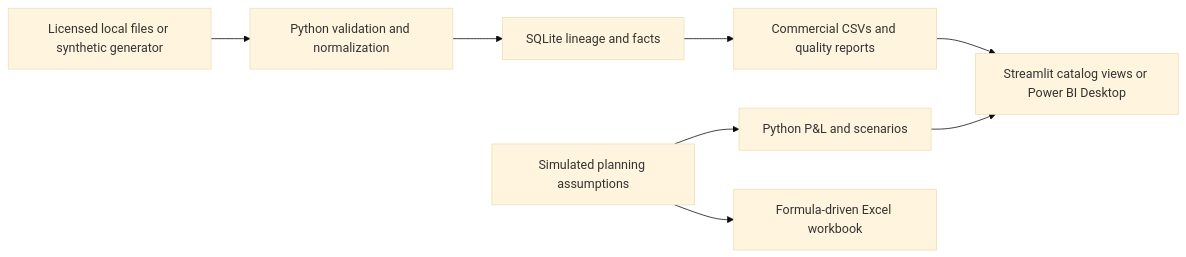
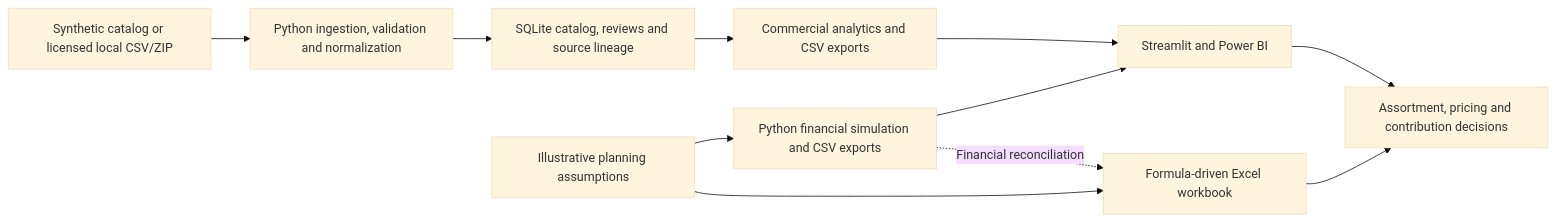
One commit to ericashieh0308-creator/Luxury-Beauty-Commercial-Intelligence changed the diagram in README.md. Above: the diagram before and after it, drawn with Mermaid (base theme). The commit also changed other lines of this file and 12 other files, not shown here.

````diff
--- a/README.md
+++ b/README.md
@@ -24,10 +42,13 @@
 ```mermaid
 flowchart LR
-    A[Licensed local files or synthetic generator] --> B[Python validation and normalization]
-    B --> C[SQLite lineage and facts]
-    C --> D[Commercial CSVs and quality reports]
-    D --> E[Streamlit catalog views or Power BI Desktop]
-    F[Simulated planning assumptions] --> G[Python P&L and scenarios]
-    F --> H[Formula-driven Excel workbook]
-    G --> E
+    A["Synthetic catalog or licensed local CSV/ZIP"] --> B["Python ingestion, validation and normalization"]
+    B --> C["SQLite catalog, reviews and source lineage"]
+    C --> D["Commercial analytics and CSV exports"]
+    E["Illustrative planning assumptions"] --> F["Python financial simulation and CSV exports"]
+    E --> G["Formula-driven Excel workbook"]
+    D --> H["Streamlit and Power BI"]
+    F --> H
+    F -. "Financial reconciliation" .-> G
+    G --> I["Assortment, pricing and contribution decisions"]
+    H --> I
 ```
````
